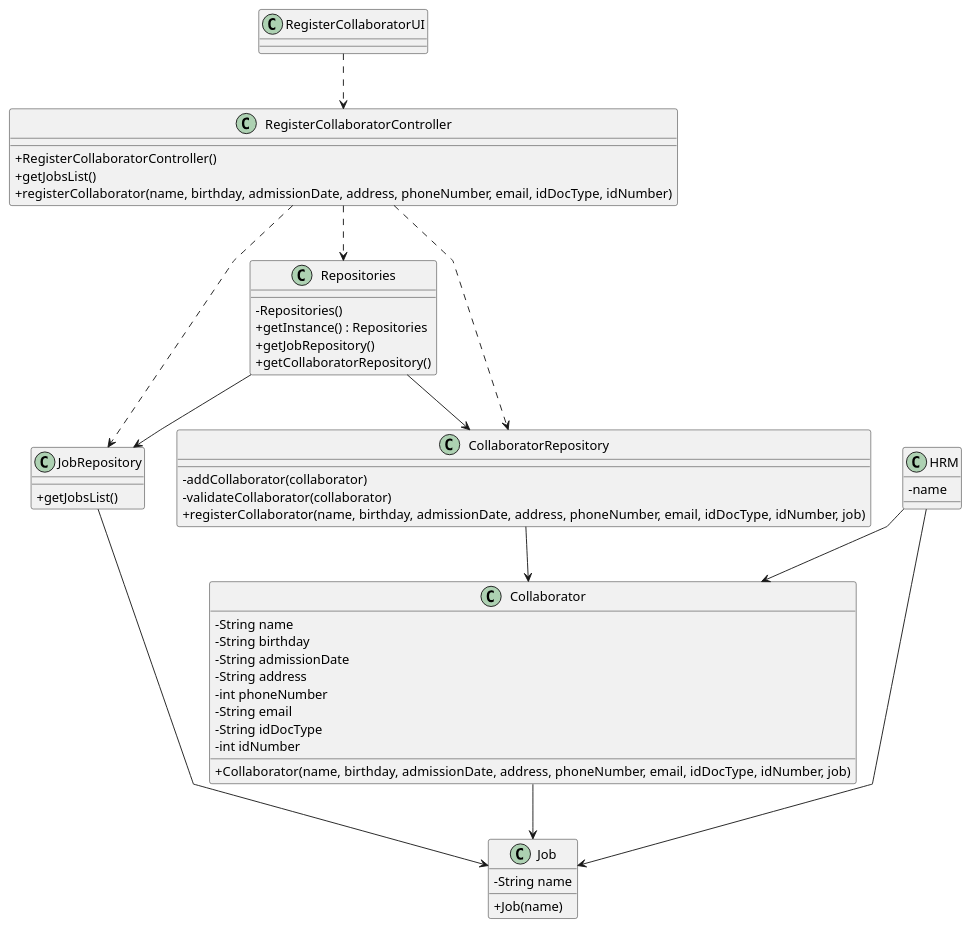
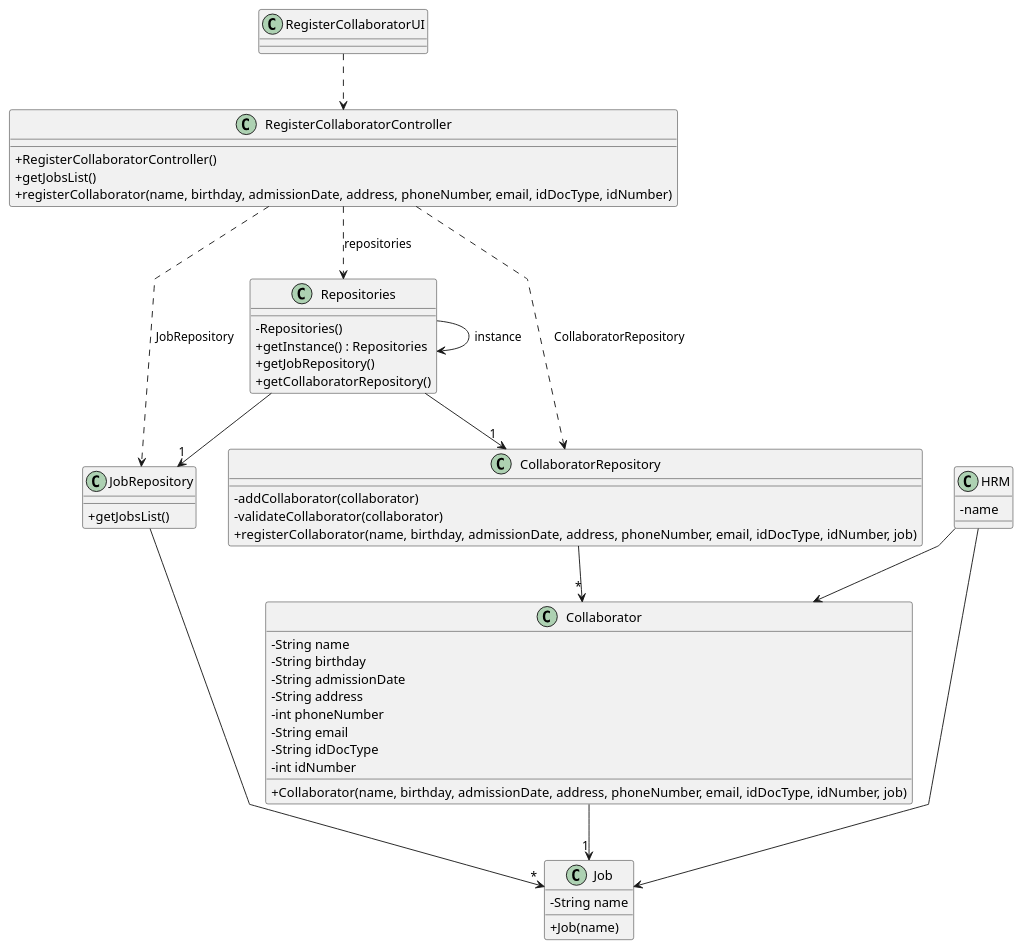
The diagram in docs/sprintA&B/us003/03.design/puml/us003-class-diagram.puml (daniel41silva05/ISEP_2023_2024_LAPR2), drawn with PlantUML before and after one commit. The commit also changed 4 other files, not shown here.

Commit message:
ED-17 US03 - Update Class Diagram

```diff
--- a/docs/sprintA&B/us003/03.design/puml/us003-class-diagram.puml
+++ b/docs/sprintA&B/us003/03.design/puml/us003-class-diagram.puml
@@ -1,72 +1,73 @@
 @startuml
 'skinparam monochrome true
 skinparam packageStyle rectangle
 skinparam shadowing false
 skinparam linetype polyline
 'skinparam linetype orto
 
 skinparam classAttributeIconSize 0
 
 'left to right direction
 
 class RegisterCollaboratorUI {
 }
 
 class RegisterCollaboratorController {
     +RegisterCollaboratorController()
     +getJobsList()
     +registerCollaborator(name, birthday, admissionDate, address, phoneNumber, email, idDocType, idNumber)
 }
 
 class CollaboratorRepository {
     -addCollaborator(collaborator)
     -validateCollaborator(collaborator)
     +registerCollaborator(name, birthday, admissionDate, address, phoneNumber, email, idDocType, idNumber, job)
 }
 
 class Collaborator {
     -String name
     -String birthday
     -String admissionDate
     -String address
     -int phoneNumber
     -String email
     -String idDocType
     -int idNumber
     +Collaborator(name, birthday, admissionDate, address, phoneNumber, email, idDocType, idNumber, job)
 
 }
 
 class JobRepository {
     +getJobsList()
 }
 
 class Job {
     -String name
     +Job(name)
 }
 
 class HRM {
     - name
 }
 
 class Repositories {
     - Repositories()
     + getInstance() : Repositories
     + getJobRepository()
     + getCollaboratorRepository()
 }
 
 RegisterCollaboratorUI ..> RegisterCollaboratorController
-RegisterCollaboratorController ..> Repositories
-RegisterCollaboratorController ..> CollaboratorRepository
-RegisterCollaboratorController ..> JobRepository
-CollaboratorRepository --> Collaborator
-JobRepository --> Job
+RegisterCollaboratorController ..> Repositories: repositories
+RegisterCollaboratorController ..> CollaboratorRepository: CollaboratorRepository
+RegisterCollaboratorController ..> JobRepository: JobRepository
+Repositories --> Repositories: instance
+Repositories --> "1" CollaboratorRepository
+Repositories --> "1" JobRepository
+CollaboratorRepository --> "*" Collaborator
+JobRepository --> "*" Job
+Collaborator --> "1" Job
 HRM --> Collaborator
 HRM --> Job
-Collaborator --> Job
-Repositories --> CollaboratorRepository
-Repositories --> JobRepository
 
 @enduml
```
